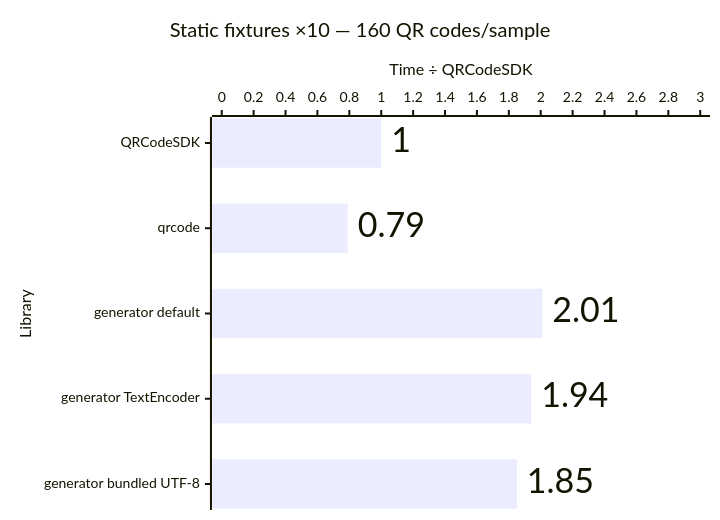
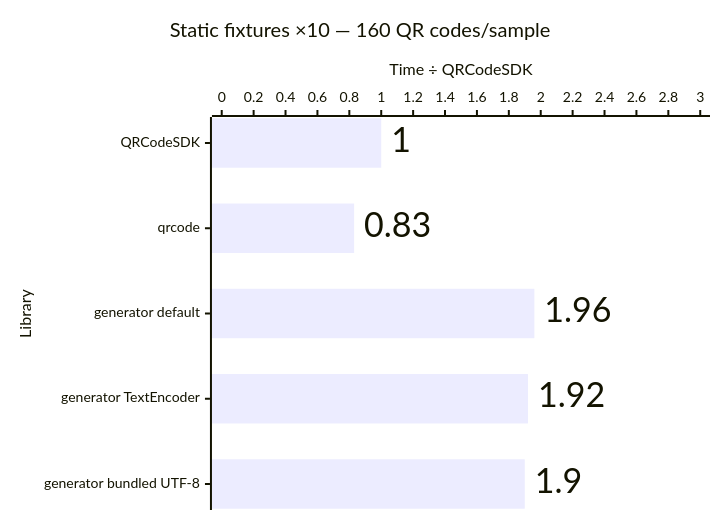
Before and after one commit to Dafnik/qrcodesdk: the ninth of 12 diagrams in apps/docs/src/content/docs/advanced/performance.md, drawn with Mermaid. The commit also changed other lines of this file and 5 other files, not shown here.

````diff
--- a/apps/docs/src/content/docs/advanced/performance.md
+++ b/apps/docs/src/content/docs/advanced/performance.md
@@ -193,15 +193,15 @@
 ```mermaid
 ---
 config:
   xyChart:
     showDataLabel: true
     showDataLabelOutsideBar: true
 ---
 xychart horizontal
   accTitle: SVG generation: Static fixtures ×10 — 160 QR codes/sample
-  accDescr: Relative median time compared with QRCodeSDK. QRCodeSDK 1.00 times, qrcode 0.79 times, generator default 2.01 times, generator TextEncoder 1.94 times, generator bundled UTF-8 1.85 times. Lower is better.
+  accDescr: Relative median time compared with QRCodeSDK. QRCodeSDK 1.00 times, qrcode 0.83 times, generator default 1.96 times, generator TextEncoder 1.92 times, generator bundled UTF-8 1.90 times. Lower is better.
   title "Static fixtures ×10 — 160 QR codes/sample"
   x-axis "Library" ["QRCodeSDK", "qrcode", "generator default", "generator TextEncoder", "generator bundled UTF-8"]
   y-axis "Time ÷ QRCodeSDK" 0 --> 3.0
-  bar [1.00, 0.79, 2.01, 1.94, 1.85]
+  bar [1.00, 0.83, 1.96, 1.92, 1.90]
 ```
````
